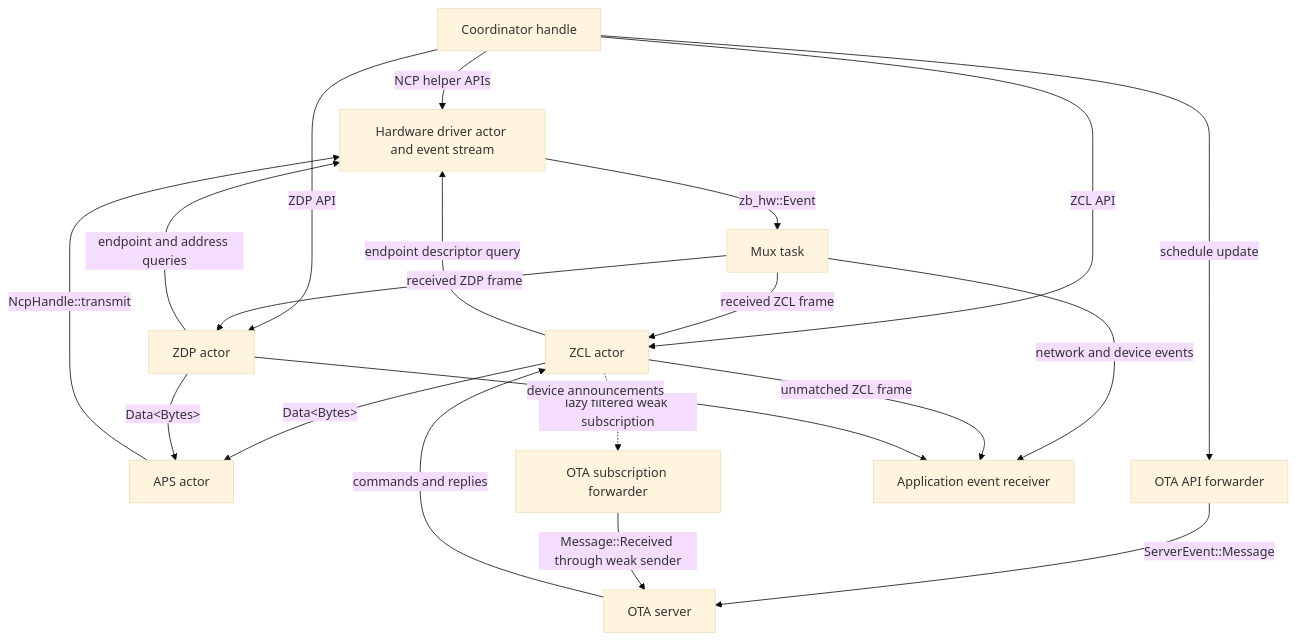
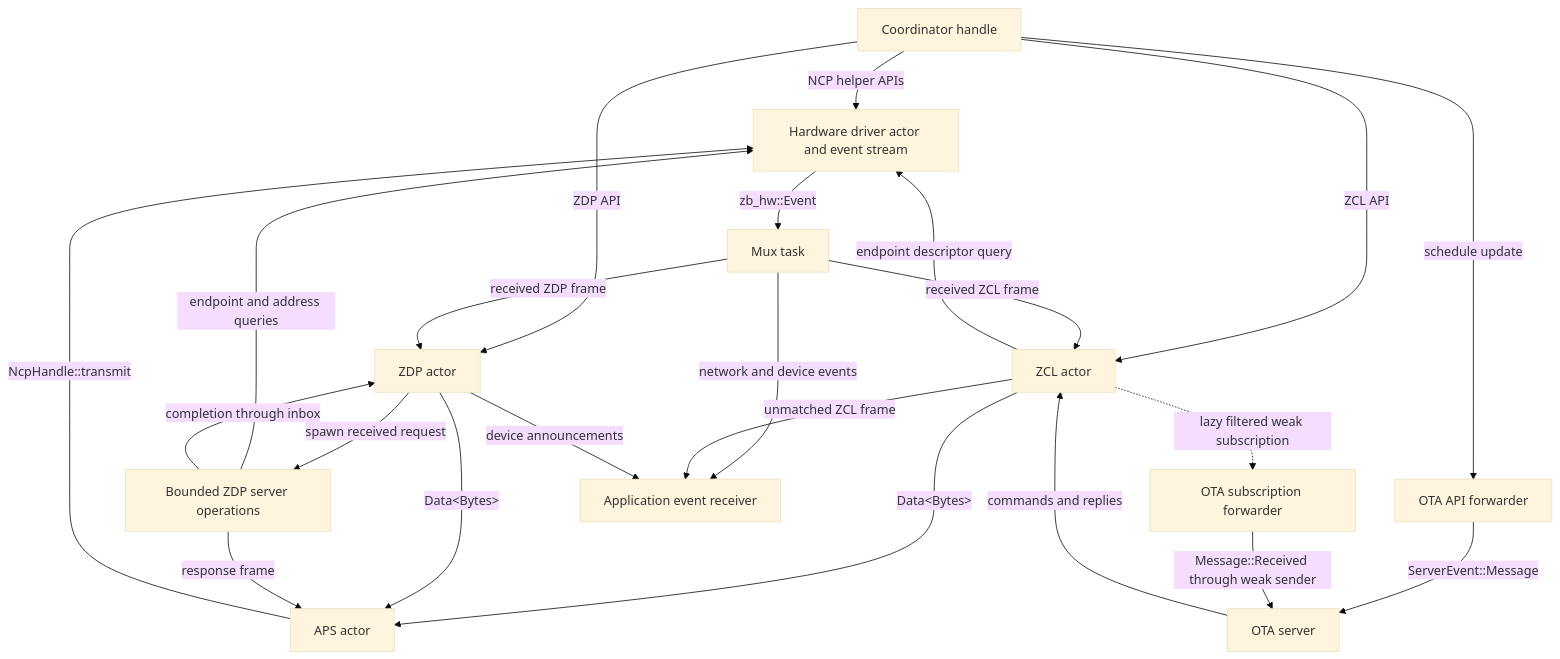
One commit to PaulmannLighting/apis-saltans changed the first of 4 diagrams in coordinator/ARCHITECTURE.md. Above: the diagram before and after it, drawn with Mermaid (base theme). The commit also changed other lines of this file and 4 other files, not shown here.

````diff
--- a/coordinator/ARCHITECTURE.md
+++ b/coordinator/ARCHITECTURE.md
@@ -8,33 +8,37 @@
 ```mermaid
 flowchart TD
     HW[Hardware driver actor and event stream]
     C[Coordinator handle]
     APS[APS actor]
     ZCL[ZCL actor]
     ZDP[ZDP actor]
+    ZDPO[Bounded ZDP server operations]
     OTA[OTA server]
     OTAA[OTA API forwarder]
     OTAS[OTA subscription forwarder]
     M[Mux task]
     APP[Application event receiver]
 
     C -->|ZCL API| ZCL
     C -->|ZDP API| ZDP
     C -->|schedule update| OTAA
     OTAA -->|ServerEvent::Message| OTA
     C -->|NCP helper APIs| HW
     ZCL -->|Data&lt;Bytes&gt;| APS
     ZDP -->|Data&lt;Bytes&gt;| APS
     ZCL -->|endpoint descriptor query| HW
-    ZDP -->|endpoint and address queries| HW
+    ZDP -->|spawn received request| ZDPO
+    ZDPO -->|endpoint and address queries| HW
+    ZDPO -->|response frame| APS
+    ZDPO -->|completion through inbox| ZDP
     APS -->|NcpHandle::transmit| HW
     HW -->|zb_hw::Event| M
     M -->|received ZCL frame| ZCL
     M -->|received ZDP frame| ZDP
     M -->|network and device events| APP
     ZCL -->|unmatched ZCL frame| APP
     ZCL -.->|lazy filtered weak subscription| OTAS
     OTAS -->|Message::Received through weak sender| OTA
     OTA -->|commands and replies| ZCL
     ZDP -->|device announcements| APP
 ```
````
